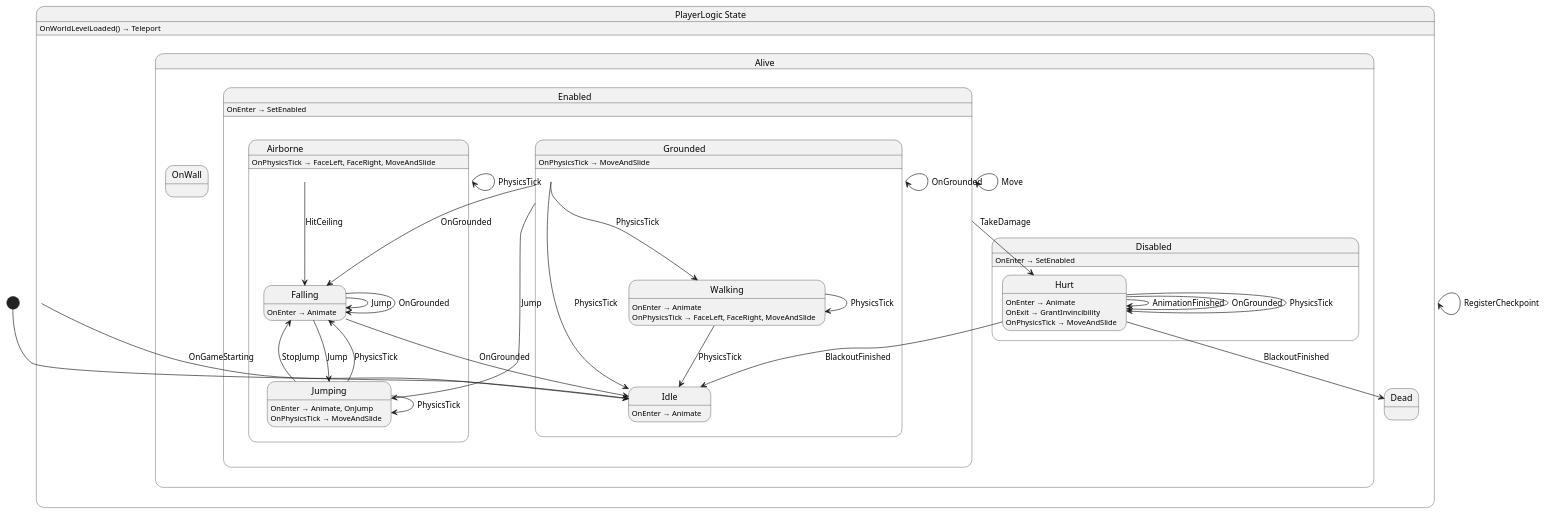
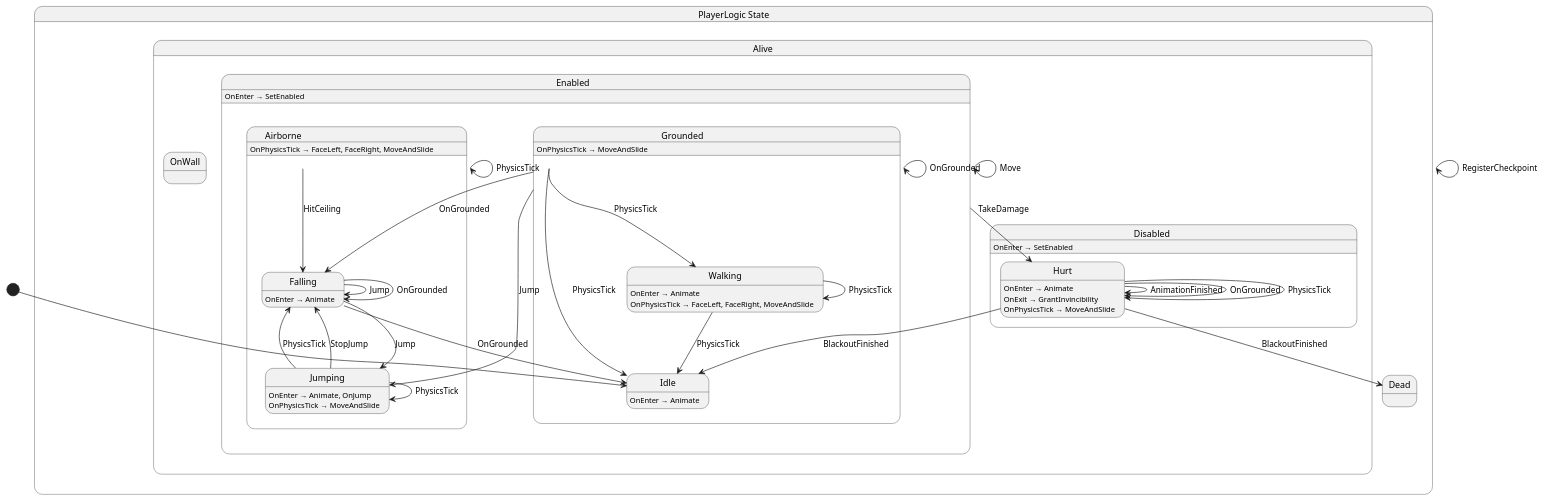
The diagram in Yolk.Logic/Player/PlayerLogic.g.puml (nilsiker/yolk), drawn with PlantUML before and after one commit. The commit also changed 20 other files, not shown here.

```diff
--- a/Yolk.Logic/Player/PlayerLogic.g.puml
+++ b/Yolk.Logic/Player/PlayerLogic.g.puml
@@ -1,64 +1,62 @@
 @startuml PlayerLogic
 state "PlayerLogic State" as Yolk_Logic_Player_PlayerLogic_State {
   state "Alive" as Yolk_Logic_Player_PlayerLogic_State_Alive {
     state "Disabled" as Yolk_Logic_Player_PlayerLogic_State_Alive_Disabled {
       state "Hurt" as Yolk_Logic_Player_PlayerLogic_State_Alive_Disabled_Hurt
     }
     state "Enabled" as Yolk_Logic_Player_PlayerLogic_State_Alive_Enabled {
       state "Airborne" as Yolk_Logic_Player_PlayerLogic_State_Alive_Enabled_Airborne {
         state "Falling" as Yolk_Logic_Player_PlayerLogic_State_Alive_Enabled_Airborne_Falling
         state "Jumping" as Yolk_Logic_Player_PlayerLogic_State_Alive_Enabled_Airborne_Jumping
       }
       state "Grounded" as Yolk_Logic_Player_PlayerLogic_State_Alive_Enabled_Grounded {
         state "Idle" as Yolk_Logic_Player_PlayerLogic_State_Alive_Enabled_Grounded_Idle
         state "Walking" as Yolk_Logic_Player_PlayerLogic_State_Alive_Enabled_Grounded_Walking
       }
     }
     state "OnWall" as Yolk_Logic_Player_PlayerLogic_State_Alive_Enabled_OnWall
   }
   state "Dead" as Yolk_Logic_Player_PlayerLogic_State_Dead
 }
 
 Yolk_Logic_Player_PlayerLogic_State --> Yolk_Logic_Player_PlayerLogic_State : RegisterCheckpoint
-Yolk_Logic_Player_PlayerLogic_State --> Yolk_Logic_Player_PlayerLogic_State_Alive_Enabled_Grounded_Idle : OnGameStarting
 Yolk_Logic_Player_PlayerLogic_State_Alive_Disabled_Hurt --> Yolk_Logic_Player_PlayerLogic_State_Alive_Disabled_Hurt : AnimationFinished
 Yolk_Logic_Player_PlayerLogic_State_Alive_Disabled_Hurt --> Yolk_Logic_Player_PlayerLogic_State_Alive_Disabled_Hurt : OnGrounded
 Yolk_Logic_Player_PlayerLogic_State_Alive_Disabled_Hurt --> Yolk_Logic_Player_PlayerLogic_State_Alive_Disabled_Hurt : PhysicsTick
 Yolk_Logic_Player_PlayerLogic_State_Alive_Disabled_Hurt --> Yolk_Logic_Player_PlayerLogic_State_Alive_Enabled_Grounded_Idle : BlackoutFinished
 Yolk_Logic_Player_PlayerLogic_State_Alive_Disabled_Hurt --> Yolk_Logic_Player_PlayerLogic_State_Dead : BlackoutFinished
 Yolk_Logic_Player_PlayerLogic_State_Alive_Enabled --> Yolk_Logic_Player_PlayerLogic_State_Alive_Disabled_Hurt : TakeDamage
 Yolk_Logic_Player_PlayerLogic_State_Alive_Enabled --> Yolk_Logic_Player_PlayerLogic_State_Alive_Enabled : Move
 Yolk_Logic_Player_PlayerLogic_State_Alive_Enabled_Airborne --> Yolk_Logic_Player_PlayerLogic_State_Alive_Enabled_Airborne : PhysicsTick
 Yolk_Logic_Player_PlayerLogic_State_Alive_Enabled_Airborne --> Yolk_Logic_Player_PlayerLogic_State_Alive_Enabled_Airborne_Falling : HitCeiling
 Yolk_Logic_Player_PlayerLogic_State_Alive_Enabled_Airborne_Falling --> Yolk_Logic_Player_PlayerLogic_State_Alive_Enabled_Airborne_Falling : Jump
 Yolk_Logic_Player_PlayerLogic_State_Alive_Enabled_Airborne_Falling --> Yolk_Logic_Player_PlayerLogic_State_Alive_Enabled_Airborne_Falling : OnGrounded
 Yolk_Logic_Player_PlayerLogic_State_Alive_Enabled_Airborne_Falling --> Yolk_Logic_Player_PlayerLogic_State_Alive_Enabled_Airborne_Jumping : Jump
 Yolk_Logic_Player_PlayerLogic_State_Alive_Enabled_Airborne_Falling --> Yolk_Logic_Player_PlayerLogic_State_Alive_Enabled_Grounded_Idle : OnGrounded
 Yolk_Logic_Player_PlayerLogic_State_Alive_Enabled_Airborne_Jumping --> Yolk_Logic_Player_PlayerLogic_State_Alive_Enabled_Airborne_Falling : PhysicsTick
 Yolk_Logic_Player_PlayerLogic_State_Alive_Enabled_Airborne_Jumping --> Yolk_Logic_Player_PlayerLogic_State_Alive_Enabled_Airborne_Falling : StopJump
 Yolk_Logic_Player_PlayerLogic_State_Alive_Enabled_Airborne_Jumping --> Yolk_Logic_Player_PlayerLogic_State_Alive_Enabled_Airborne_Jumping : PhysicsTick
 Yolk_Logic_Player_PlayerLogic_State_Alive_Enabled_Grounded --> Yolk_Logic_Player_PlayerLogic_State_Alive_Enabled_Airborne_Falling : OnGrounded
 Yolk_Logic_Player_PlayerLogic_State_Alive_Enabled_Grounded --> Yolk_Logic_Player_PlayerLogic_State_Alive_Enabled_Airborne_Jumping : Jump
 Yolk_Logic_Player_PlayerLogic_State_Alive_Enabled_Grounded --> Yolk_Logic_Player_PlayerLogic_State_Alive_Enabled_Grounded : OnGrounded
 Yolk_Logic_Player_PlayerLogic_State_Alive_Enabled_Grounded --> Yolk_Logic_Player_PlayerLogic_State_Alive_Enabled_Grounded_Idle : PhysicsTick
 Yolk_Logic_Player_PlayerLogic_State_Alive_Enabled_Grounded --> Yolk_Logic_Player_PlayerLogic_State_Alive_Enabled_Grounded_Walking : PhysicsTick
 Yolk_Logic_Player_PlayerLogic_State_Alive_Enabled_Grounded_Walking --> Yolk_Logic_Player_PlayerLogic_State_Alive_Enabled_Grounded_Idle : PhysicsTick
 Yolk_Logic_Player_PlayerLogic_State_Alive_Enabled_Grounded_Walking --> Yolk_Logic_Player_PlayerLogic_State_Alive_Enabled_Grounded_Walking : PhysicsTick
 
-Yolk_Logic_Player_PlayerLogic_State : OnWorldLevelLoaded() → Teleport
 Yolk_Logic_Player_PlayerLogic_State_Alive_Disabled : OnEnter → SetEnabled
 Yolk_Logic_Player_PlayerLogic_State_Alive_Disabled_Hurt : OnEnter → Animate
 Yolk_Logic_Player_PlayerLogic_State_Alive_Disabled_Hurt : OnExit → GrantInvincibility
 Yolk_Logic_Player_PlayerLogic_State_Alive_Disabled_Hurt : OnPhysicsTick → MoveAndSlide
 Yolk_Logic_Player_PlayerLogic_State_Alive_Enabled : OnEnter → SetEnabled
 Yolk_Logic_Player_PlayerLogic_State_Alive_Enabled_Airborne : OnPhysicsTick → FaceLeft, FaceRight, MoveAndSlide
 Yolk_Logic_Player_PlayerLogic_State_Alive_Enabled_Airborne_Falling : OnEnter → Animate
 Yolk_Logic_Player_PlayerLogic_State_Alive_Enabled_Airborne_Jumping : OnEnter → Animate, OnJump
 Yolk_Logic_Player_PlayerLogic_State_Alive_Enabled_Airborne_Jumping : OnPhysicsTick → MoveAndSlide
 Yolk_Logic_Player_PlayerLogic_State_Alive_Enabled_Grounded : OnPhysicsTick → MoveAndSlide
 Yolk_Logic_Player_PlayerLogic_State_Alive_Enabled_Grounded_Idle : OnEnter → Animate
 Yolk_Logic_Player_PlayerLogic_State_Alive_Enabled_Grounded_Walking : OnEnter → Animate
 Yolk_Logic_Player_PlayerLogic_State_Alive_Enabled_Grounded_Walking : OnPhysicsTick → FaceLeft, FaceRight, MoveAndSlide
 
 [*] --> Yolk_Logic_Player_PlayerLogic_State_Alive_Enabled_Grounded_Idle
 @enduml
```
